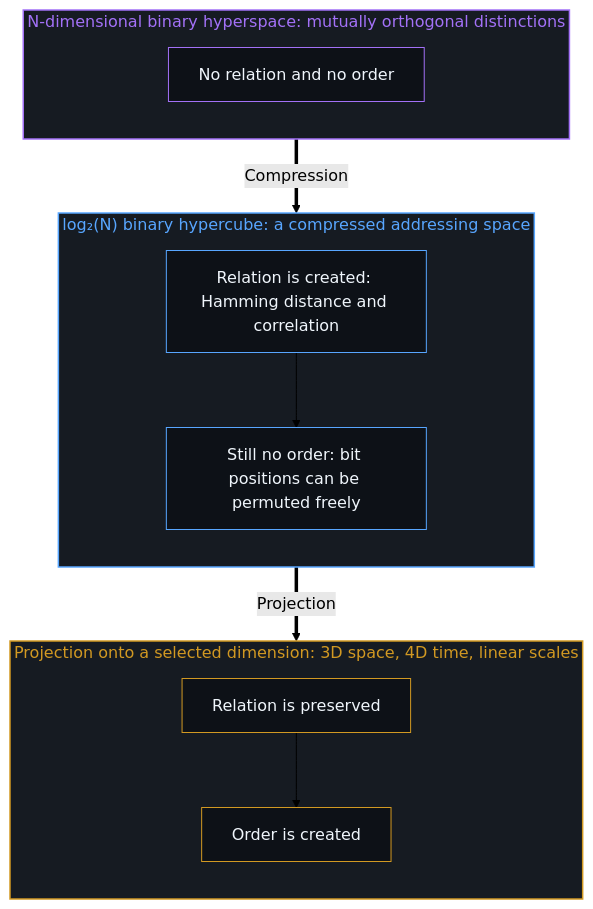
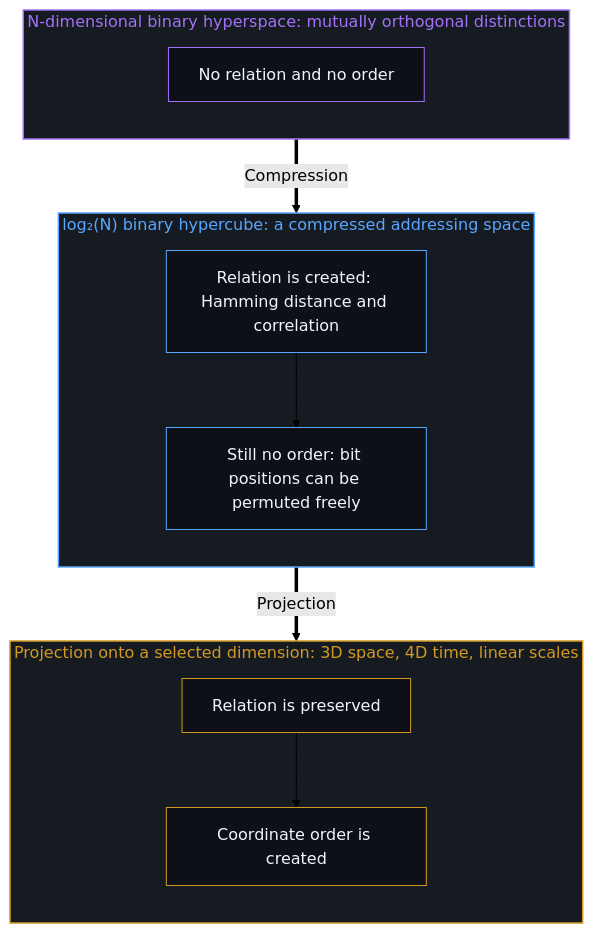
Before and after one commit to powerpig99/not-a-toe: the second of 2 diagrams in content/posts/dimensions-are-projections.md, drawn with Mermaid (forest theme). The commit also changed other lines of this file and 13 other files, not shown here.

````diff
--- a/content/posts/dimensions-are-projections.md
+++ b/content/posts/dimensions-are-projections.md
@@ -87,29 +87,29 @@
 ```mermaid
 flowchart TD
     subgraph S_Hyper["N-dimensional binary hyperspace: mutually orthogonal distinctions"]
         direction TB
         H1["No relation and no order"]
     end
     subgraph S_Cube["log₂(N) binary hypercube: a compressed addressing space"]
         direction TB
         C1["Relation is created: Hamming distance and correlation"]
         C2["Still no order: bit positions can be permuted freely"]
     end
     subgraph S_Proj["Projection onto a selected dimension: 3D space, 4D time, linear scales"]
         direction TB
         P1["Relation is preserved"]
-        P2["Order is created"]
+        P2["Coordinate order is created"]
     end
     H1 ==>|"Compression"| C1
     C1 --> C2
     C2 ==>|"Projection"| P1
     P1 --> P2
     style S_Hyper fill:#161b22,stroke:#a371f7,stroke-width:1.5px,color:#a371f7
     style S_Cube fill:#161b22,stroke:#58a6ff,stroke-width:1.5px,color:#58a6ff
     style S_Proj fill:#161b22,stroke:#d29922,stroke-width:1.5px,color:#d29922
     style H1 fill:#0d1117,stroke:#a371f7,stroke-width:1px,color:#f0f6fc
     style C1 fill:#0d1117,stroke:#58a6ff,stroke-width:1px,color:#f0f6fc
     style C2 fill:#0d1117,stroke:#58a6ff,stroke-width:1px,color:#f0f6fc
     style P1 fill:#0d1117,stroke:#d29922,stroke-width:1px,color:#f0f6fc
     style P2 fill:#0d1117,stroke:#d29922,stroke-width:1px,color:#f0f6fc
 ```
````
